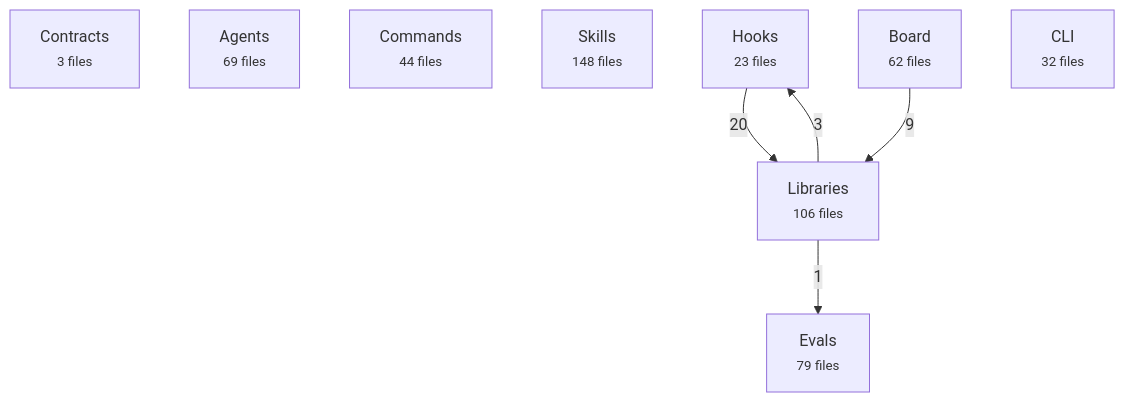
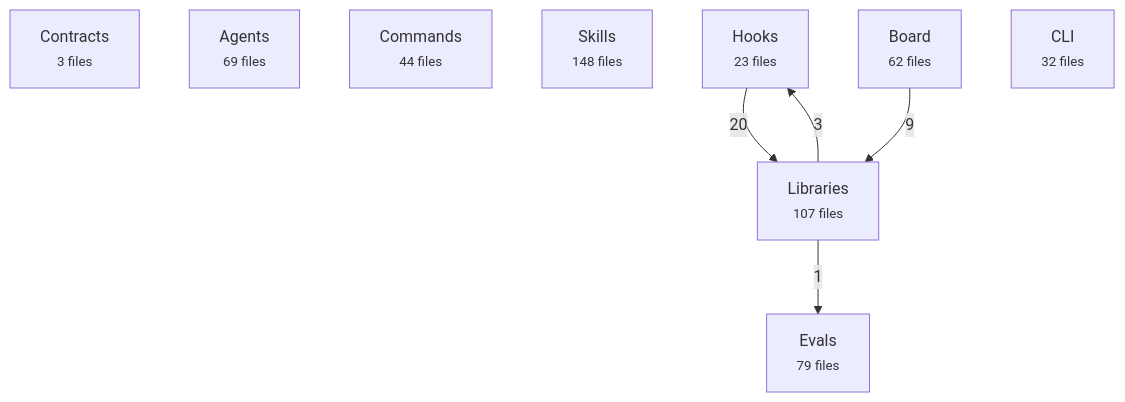
Before and after one commit to avelikiy/great_cto: the first of 2 diagrams in docs/reference/architecture-map.md, drawn with Mermaid. The commit also changed other lines of this file and 6 other files, not shown here.

````diff
--- a/docs/reference/architecture-map.md
+++ b/docs/reference/architecture-map.md
@@ -20,16 +20,16 @@
 ```mermaid
 flowchart TD
   contracts["Contracts<br/><small>3 files</small>"]
   agents["Agents<br/><small>69 files</small>"]
   commands["Commands<br/><small>44 files</small>"]
   skills["Skills<br/><small>148 files</small>"]
   hooks["Hooks<br/><small>23 files</small>"]
-  libs["Libraries<br/><small>106 files</small>"]
+  libs["Libraries<br/><small>107 files</small>"]
   board["Board<br/><small>62 files</small>"]
   cli["CLI<br/><small>32 files</small>"]
   evals["Evals<br/><small>79 files</small>"]
   hooks -->|20| libs
   board -->|9| libs
   libs -->|3| hooks
   libs -->|1| evals
 ```
````
